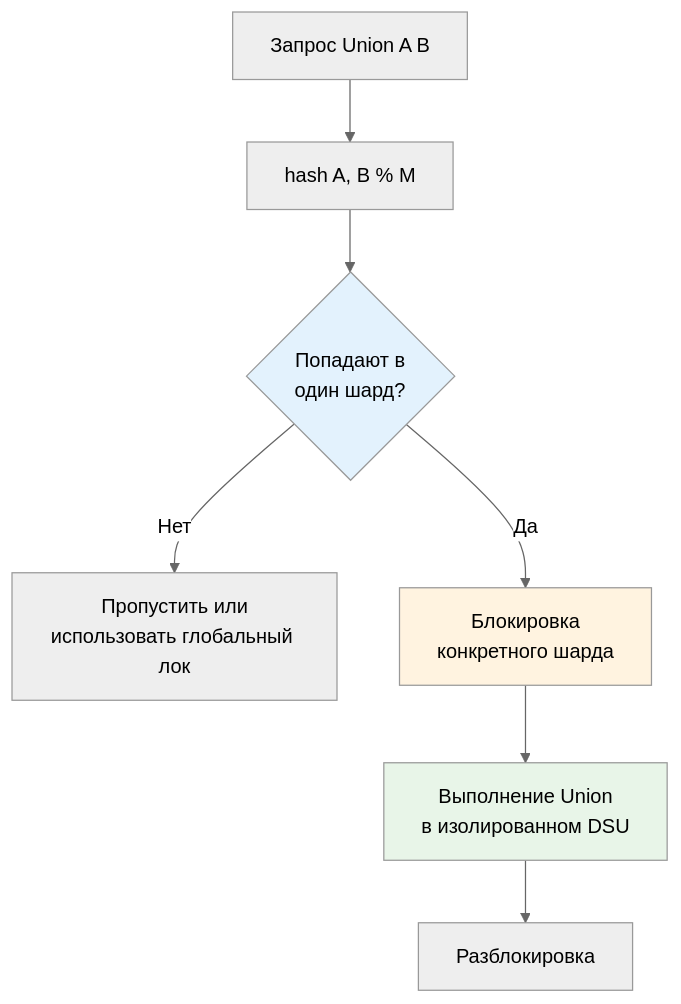
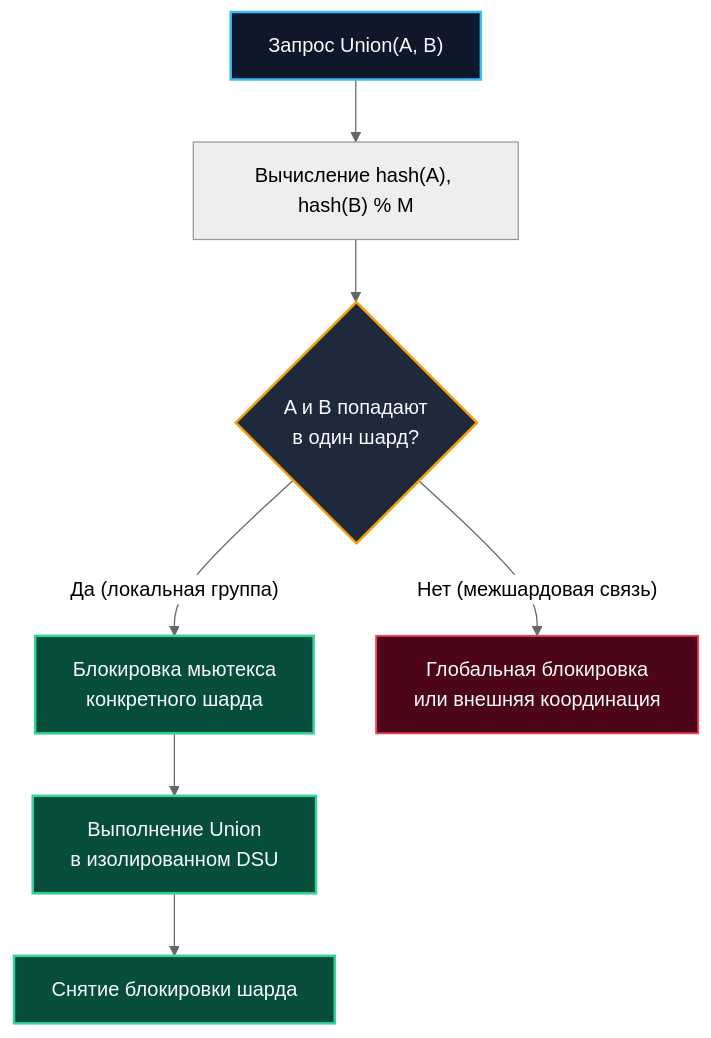
The second of 2 diagrams in sources/20. Алгоритмы и структуры данных (DSA) на Go/07. Продвинутые структуры данных/4. Disjoint set union DSU, Union Find.md (UnrealTemplier/go-textbook), drawn with Mermaid (neutral theme) before and after one commit. The commit also changed other lines of this file, not shown here.

Commit message:
feat(module-20): editorial rewrite of 07.4 DSU in Kernighan style

````diff
--- a/sources/20. Алгоритмы и структуры данных (DSA) на Go/07. Продвинутые структуры данных/4. Disjoint set union DSU, Union Find.md
+++ b/sources/20. Алгоритмы и структуры данных (DSA) на Go/07. Продвинутые структуры данных/4. Disjoint set union DSU, Union Find.md
@@ -164,13 +209,22 @@
 ```mermaid
 flowchart TD
-    Req["Запрос Union A B"] --> Hash["hash A, B % M"]
-    Hash --> Shard{Попадают в<br>один шард?}
-    Shard -->|Нет| Skip["Пропустить или<br>использовать глобальный лок"]
-    Shard -->|Да| Lock["Блокировка<br>конкретного шарда"]
-    Lock --> Op["Выполнение Union<br>в изолированном DSU"]
-    Op --> Unlock["Разблокировка"]
+    Req["Запрос Union(A, B)"] --> Hash["Вычисление hash(A), hash(B) % M"]
+    Hash --> ShardCheck{"A и B попадают<br/>в один шард?"}
     
-    style Shard fill:#e3f2fd
-    style Lock fill:#fff3e0
-    style Op fill:#e8f5e8
+    ShardCheck -->|"Да (локальная группа)"| ShardLock["Блокировка мьютекса<br/>конкретного шарда"]
+    ShardCheck -->|"Нет (межшардовая связь)"| Fallback["Глобальная блокировка<br/>или внешняя координация"]
+    
+    ShardLock --> Exec["Выполнение Union<br/>в изолированном DSU"]
+    Exec --> Unlock["Снятие блокировки шарда"]
+
+    classDef reqBox fill:#0f172a,stroke:#38bdf8,stroke-width:2px,color:#f8fafc;
+    classDef check fill:#1e293b,stroke:#f59e0b,stroke-width:2px,color:#f8fafc;
+    classDef lockBox fill:#312e81,stroke:#818cf8,stroke-width:1.5px,color:#f8fafc;
+    classDef okBox fill:#064e3b,stroke:#34d399,stroke-width:2px,color:#f8fafc;
+    classDef errBox fill:#4c0519,stroke:#f43f5e,stroke-width:1.5px,color:#f8fafc;
+
+    class Req reqBox;
+    class ShardCheck check;
+    class ShardLock,Exec,Unlock okBox;
+    class Fallback errBox;
 ```
````
